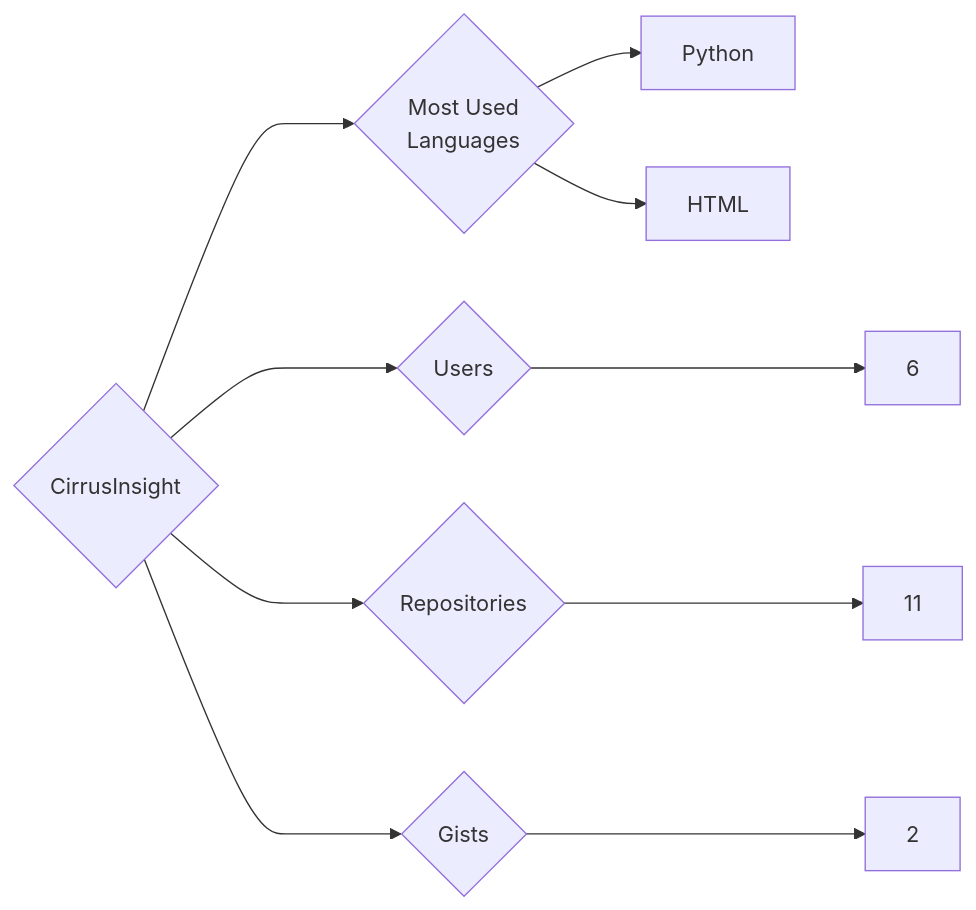
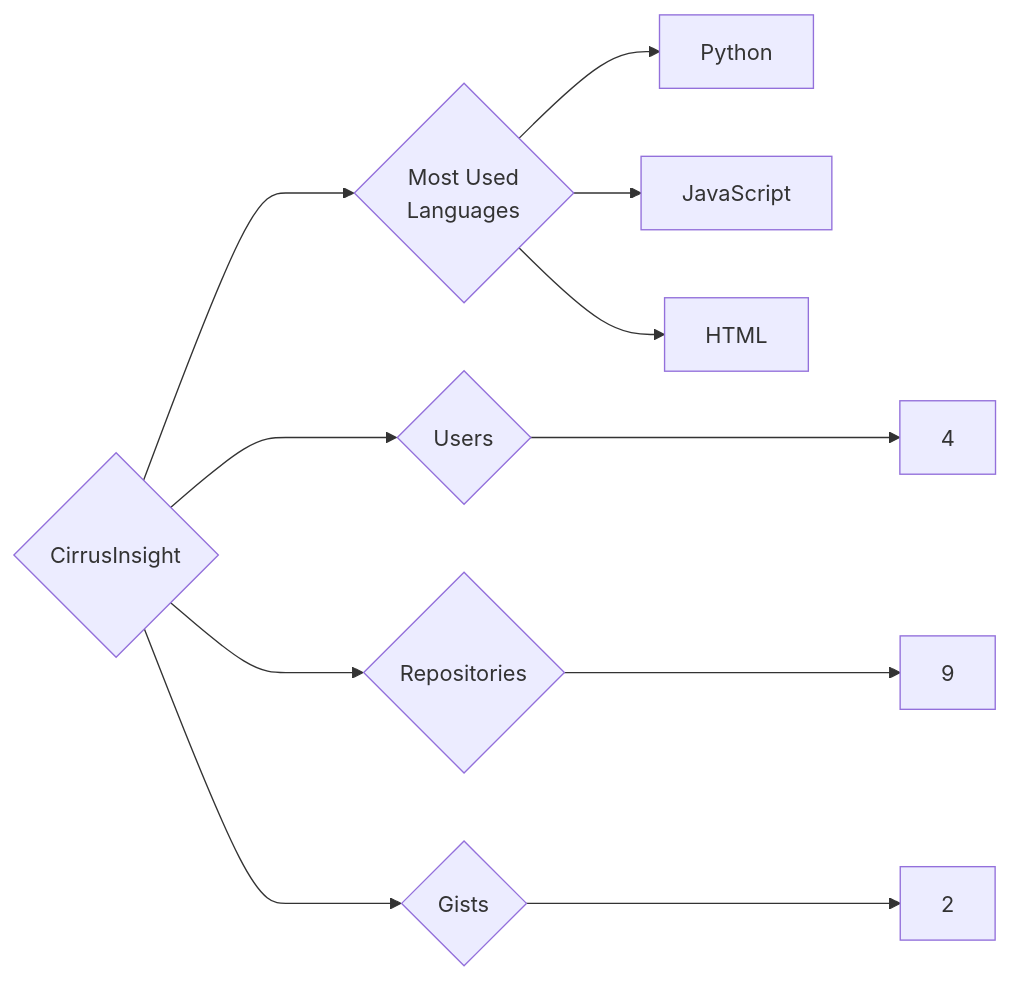
One commit to trickest/insiders changed the diagram in targets/CirrusInsight/README.md. Above: the diagram before and after it, drawn with Mermaid. The commit also changed 1166 other files, not shown here.

````diff
--- a/targets/CirrusInsight/README.md
+++ b/targets/CirrusInsight/README.md
@@ -3,10 +3,11 @@
 ```mermaid
 graph LR
 COMPANY_NAME{CirrusInsight}
-COMPANY_NAME ---> U{Users} ---> UN[6]
-COMPANY_NAME ---> R{Repositories} ---> RN[11]
+COMPANY_NAME ---> U{Users} ---> UN[4]
+COMPANY_NAME ---> R{Repositories} ---> RN[9]
 COMPANY_NAME ---> G{Gists} ---> GN[2]
 COMPANY_NAME ---> ML{Most Used<br>Languages}
 ML --> Python[Python]
+ML --> JavaScript[JavaScript]
 ML --> HTML[HTML]
 ```
````
